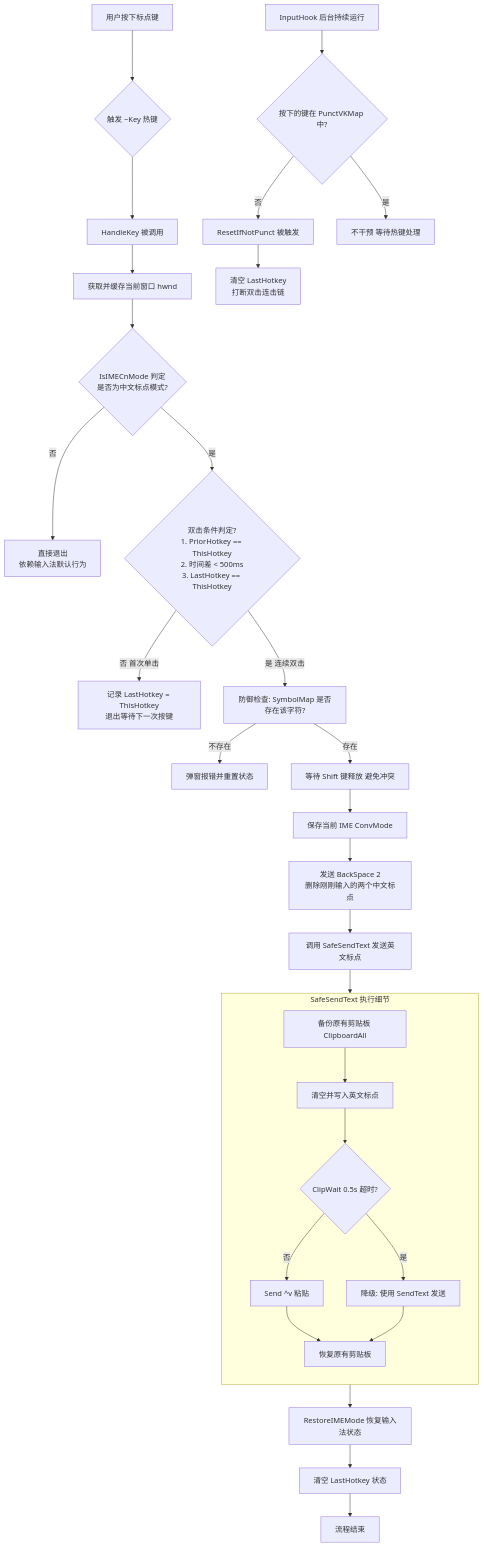
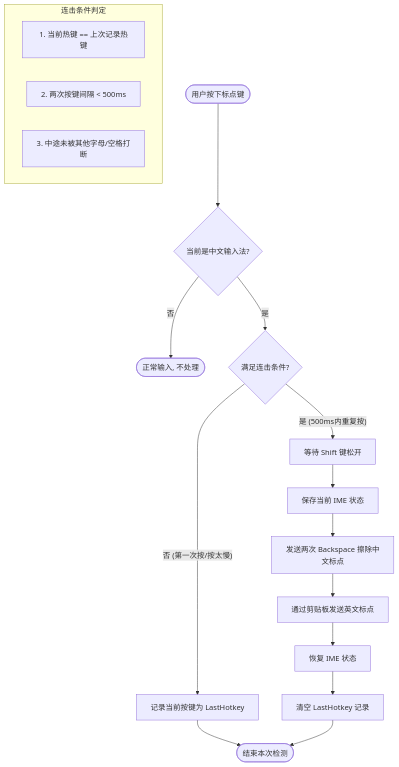
The first of 2 diagrams in README.md (MorcantY/easy-typing-ahk), drawn with Mermaid before and after one commit. The commit also changed other lines of this file, not shown here.

Commit message:
Revise execution flowchart and class diagram
Update flowchart and class diagram in README.md

````diff
--- a/README.md
+++ b/README.md
@@ -21,40 +24,23 @@
 ```mermaid
-flowchart TD
-    A[用户按下标点键] --> B{触发 ~Key 热键}
-    B --> C[HandleKey 被调用]
-    C --> D[获取并缓存当前窗口 hwnd]
-    D --> E{IsIMECnMode 判定<br />是否为中文标点模式?}
+graph TD
+    A([用户按下标点键]) --> B{当前是中文输入法?}
+    B -- 否 --> C([正常输入, 不处理])
+    B -- 是 --> D{满足连击条件?}
     
-    E -- 否 --> F[直接退出<br />依赖输入法默认行为]
-    E -- 是 --> G{双击条件判定?<br />1. PriorHotkey == ThisHotkey<br />2. 时间差 < 500ms<br />3. LastHotkey == ThisHotkey}
+    D -- "否 (第一次按/按太慢)" --> E[记录当前按键为 LastHotkey]
+    E --> F([结束本次检测])
     
-    G -- 否 首次单击 --> H[记录 LastHotkey = ThisHotkey<br />退出等待下一次按键]
-    G -- 是 连续双击 --> I[防御检查: SymbolMap 是否存在该字符?]
+    D -- "是 (500ms内重复按)" --> G[等待 Shift 键松开]
+    G --> H[保存当前 IME 状态]
+    H --> I[发送两次 Backspace 擦除中文标点]
+    I --> J[通过剪贴板发送英文标点]
+    J --> K[恢复 IME 状态]
+    K --> L[清空 LastHotkey 记录]
+    L --> F
     
-    I -- 不存在 --> J[弹窗报错并重置状态]
-    I -- 存在 --> K[等待 Shift 键释放 避免冲突]
-    K --> L[保存当前 IME ConvMode]
-    L --> M[发送 BackSpace 2<br />删除刚刚输入的两个中文标点]
-    M --> N[调用 SafeSendText 发送英文标点]
-    
-    subgraph SafeSendText [SafeSendText 执行细节]
-        direction TB
-        N1[备份原有剪贴板 ClipboardAll] --> N2[清空并写入英文标点]
-        N2 --> N3{ClipWait 0.5s 超时?}
-        N3 -- 否 --> N4[Send ^v 粘贴]
-        N3 -- 是 --> N5[降级: 使用 SendText 发送]
-        N4 --> N6[恢复原有剪贴板]
-        N5 --> N6
+    subgraph "连击条件判定"
+    D1[1. 当前热键 == 上次记录热键]
+    D2[2. 两次按键间隔 < 500ms]
+    D3[3. 中途未被其他字母/空格打断]
     end
-    
-    N --> SafeSendText
-    SafeSendText --> O[RestoreIMEMode 恢复输入法状态]
-    O --> P[清空 LastHotkey 状态]
-    P --> Q[流程结束]
-
-    %% 并行的 InputHook 监控
-    R[InputHook 后台持续运行] --> S{按下的键在 PunctVKMap 中?}
-    S -- 否 --> T[ResetIfNotPunct 被触发]
-    T --> U[清空 LastHotkey<br />打断双击连击链]
-    S -- 是 --> V[不干预 等待热键处理]
 ```
````
